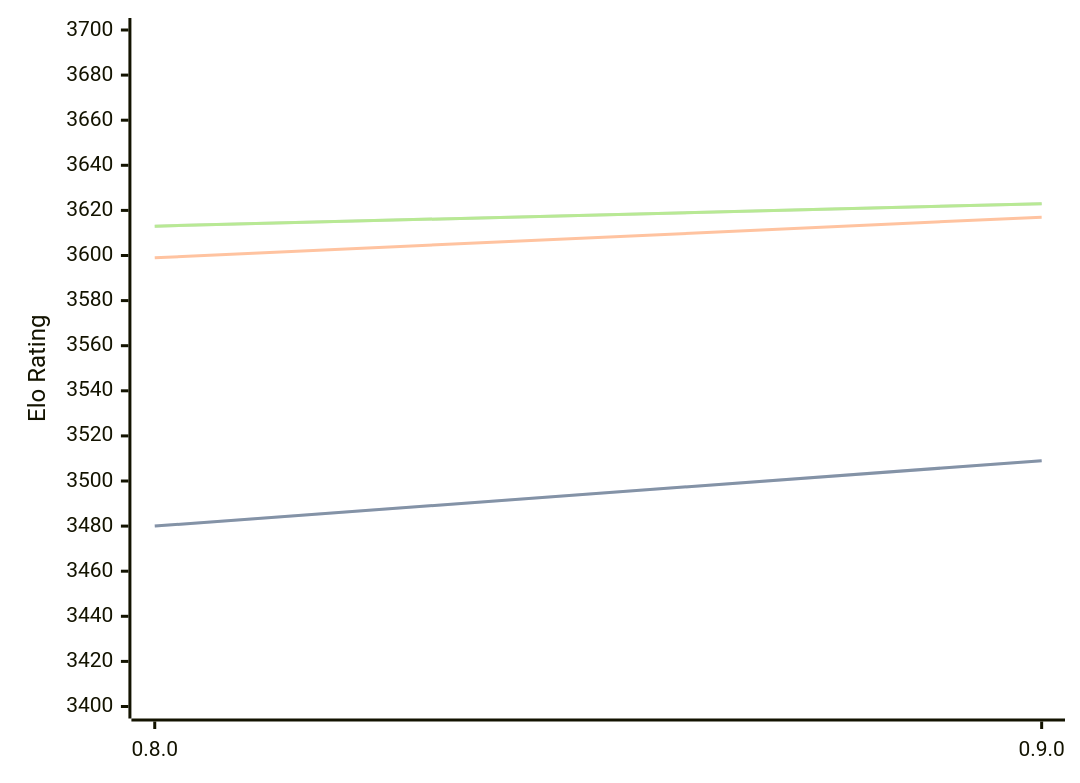
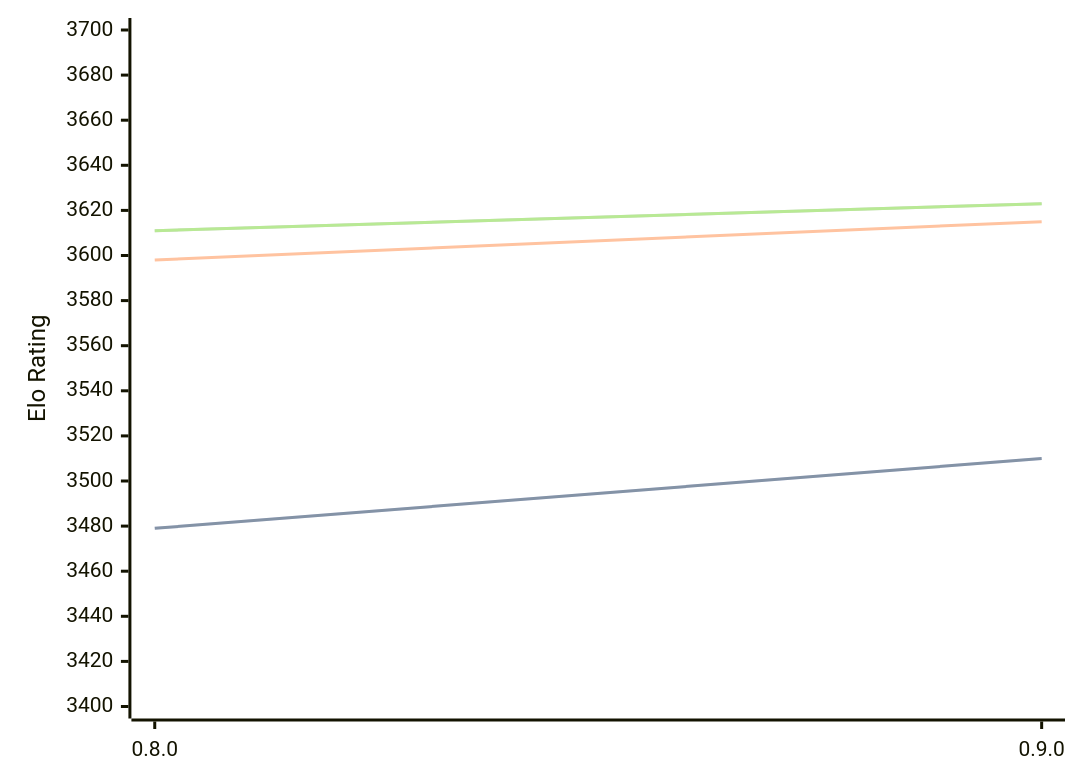
One commit to computer-chess-index/cci changed the diagram in engines/Reckless.md. Above: the diagram before and after it, drawn with Mermaid. The commit also changed other lines of this file, not shown here.

Commit message:
Update CCI Ratings (ELO VLTC) - 2026-03-09

````diff
--- a/engines/Reckless.md
+++ b/engines/Reckless.md
@@ -37,11 +37,11 @@
 ```mermaid
 %%{init: {"theme":"base","themeVariables":{"seriesColors:['#a3a3a3','#222221','#faa371']}}}%%
 xychart-beta
   x-axis ["0.8.0", "0.9.0"]
   y-axis "Elo Rating" 3400 --> 3700
-  line "STC (8.0+0.08s)" [3480, 3509]
-  line "STC (8.0+0.08s)" [3480, 3509]
-  line "LTC (60.0+0.60s)" [3599, 3617]
-  line "VLTC (2m24s+1.12s)" [3613, 3623]
-  line "VLTC (2m24s+1.12s)" [3613, 3623]
+  line "STC (8.0+0.08s)" [3479, 3510]
+  line "STC (8.0+0.08s)" [3479, 3510]
+  line "LTC (60.0+0.60s)" [3598, 3615]
+  line "VLTC (2m24s+1.12s)" [3611, 3623]
+  line "VLTC (2m24s+1.12s)" [3611, 3623]
 ```
````
